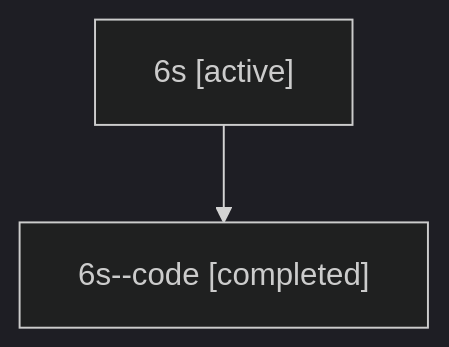
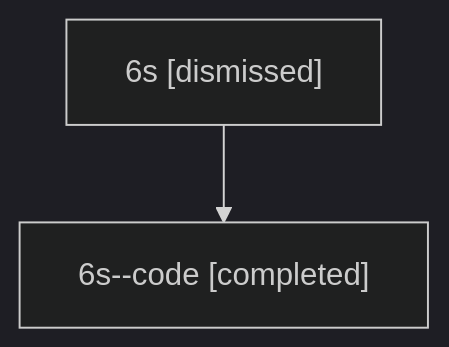
The diagram in sessions/bbugyi200.athena.6s.md (sase-org/sase--agents), drawn with Mermaid (dark theme) before and after one commit. The commit also changed other lines of this file and 16 other files, not shown here.

````diff
--- a/sessions/bbugyi200.athena.6s.md
+++ b/sessions/bbugyi200.athena.6s.md
@@ -9,6 +9,6 @@
 ```mermaid
 flowchart TD
-  n0["6s [active]"]
+  n0["6s [dismissed]"]
   n1["6s--code [completed]"]
   n0 --> n1
 ```
````
